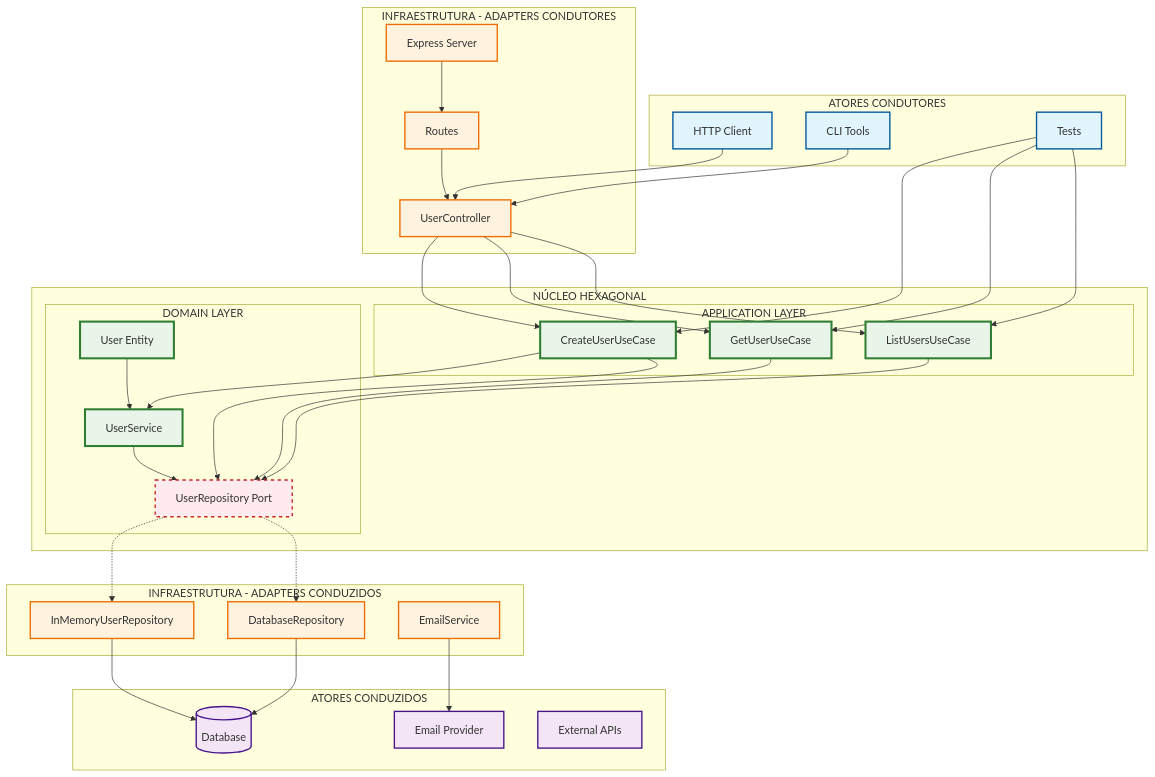
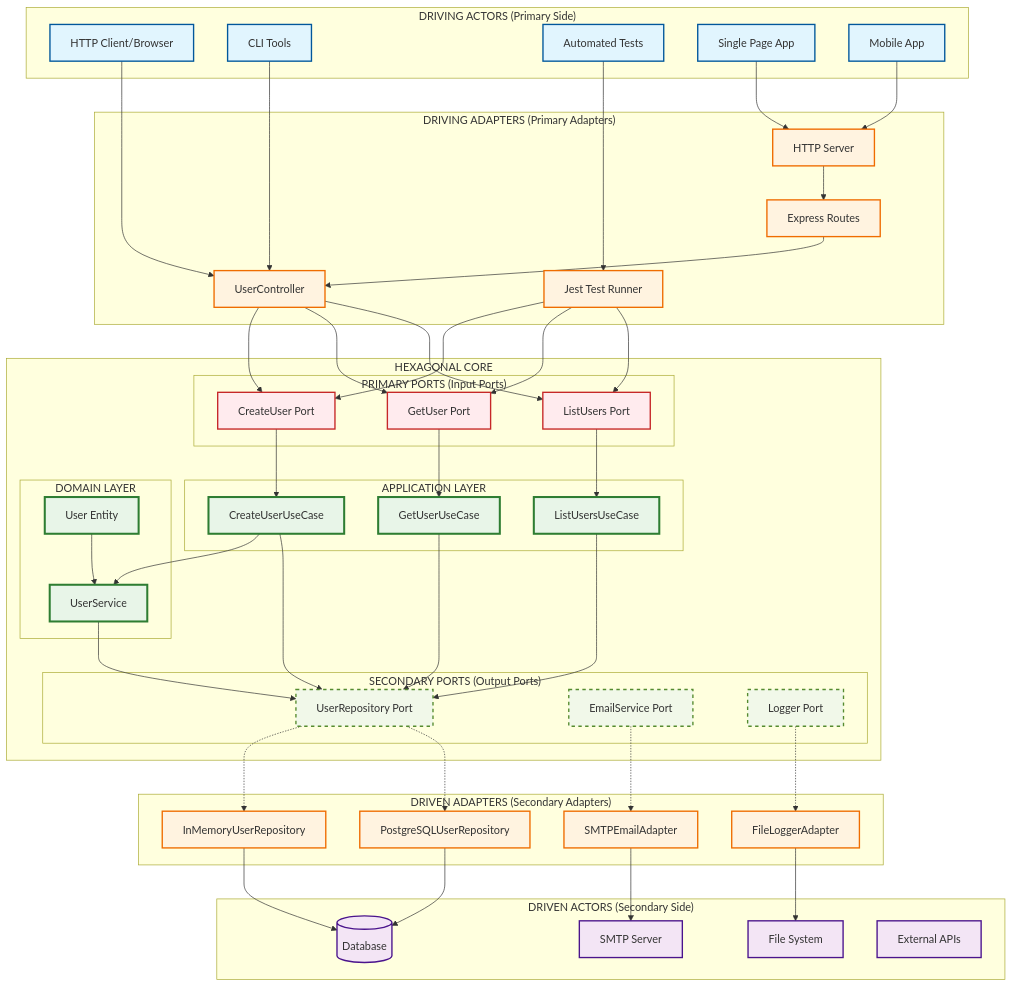
Before and after one commit to FIAP/DVLT-arquitetura-de-software-aula1: the diagram in node-hexagonal/docs/architecture-diagram.md, drawn with Mermaid. The commit also changed other lines of this file and 10 other files, not shown here.

````diff
--- a/node-hexagonal/docs/architecture-diagram.md
+++ b/node-hexagonal/docs/architecture-diagram.md
@@ -7,18 +7,27 @@
 ```mermaid
 graph TB
-    subgraph "ATORES CONDUTORES"
-        HTTP[HTTP Client]
+    subgraph "DRIVING ACTORS (Primary Side)"
+        HTTP[HTTP Client/Browser]
         CLI[CLI Tools]
-        TESTS[Tests]
+        TESTS[Automated Tests]
+        SPA[Single Page App]
+        MOBILE[Mobile App]
     end
     
-    subgraph "INFRAESTRUTURA - ADAPTERS CONDUTORES"
+    subgraph "DRIVING ADAPTERS (Primary Adapters)"
         CONTROLLER[UserController]
-        ROUTES[Routes]
-        SERVER[Express Server]
+        ROUTES[Express Routes]
+        SERVER[HTTP Server]
+        TEST_RUNNER[Jest Test Runner]
     end
     
-    subgraph "NÚCLEO HEXAGONAL"
+    subgraph "HEXAGONAL CORE"
+        subgraph "PRIMARY PORTS (Input Ports)"
+            CREATE_PORT[CreateUser Port]
+            GET_PORT[GetUser Port]
+            LIST_PORT[ListUsers Port]
+        end
+        
         subgraph "APPLICATION LAYER"
             CREATE_UC[CreateUserUseCase]
             GET_UC[GetUserUseCase]
@@ -28,37 +37,51 @@
         subgraph "DOMAIN LAYER"
             USER_ENTITY[User Entity]
             USER_SERVICE[UserService]
+        end
+        
+        subgraph "SECONDARY PORTS (Output Ports)"
             USER_REPO_PORT[UserRepository Port]
+            EMAIL_PORT[EmailService Port]
+            LOG_PORT[Logger Port]
         end
     end
     
-    subgraph "INFRAESTRUTURA - ADAPTERS CONDUZIDOS"
+    subgraph "DRIVEN ADAPTERS (Secondary Adapters)"
         MEMORY_REPO[InMemoryUserRepository]
-        DB_REPO[DatabaseRepository]
-        EMAIL_SERVICE[EmailService]
+        DB_REPO[PostgreSQLUserRepository]
+        EMAIL_ADAPTER[SMTPEmailAdapter]
+        LOG_ADAPTER[FileLoggerAdapter]
     end
     
-    subgraph "ATORES CONDUZIDOS"
+    subgraph "DRIVEN ACTORS (Secondary Side)"
         DATABASE[(Database)]
-        EMAIL_PROVIDER[Email Provider]
+        EMAIL_SERVER[SMTP Server]
+        FILE_SYSTEM[File System]
         EXTERNAL_API[External APIs]
     end
     
-    %% Conexões dos Atores Condutores
+    %% Conexões Primary Side (Driving)
     HTTP --> CONTROLLER
     CLI --> CONTROLLER
-    TESTS --> CREATE_UC
-    TESTS --> GET_UC
-    TESTS --> LIST_UC
+    TESTS --> TEST_RUNNER
+    SPA --> SERVER
+    MOBILE --> SERVER
     
-    %% Conexões dos Adapters Condutores
-    CONTROLLER --> CREATE_UC
-    CONTROLLER --> GET_UC
-    CONTROLLER --> LIST_UC
+    %% Conexões Primary Adapters para Primary Ports
+    CONTROLLER --> CREATE_PORT
+    CONTROLLER --> GET_PORT
+    CONTROLLER --> LIST_PORT
+    TEST_RUNNER --> CREATE_PORT
+    TEST_RUNNER --> GET_PORT
+    TEST_RUNNER --> LIST_PORT
     ROUTES --> CONTROLLER
     SERVER --> ROUTES
     
-    %% Conexões dentro do Núcleo
+    %% Conexões dentro do Core
+    CREATE_PORT --> CREATE_UC
+    GET_PORT --> GET_UC
+    LIST_PORT --> LIST_UC
+    
     CREATE_UC --> USER_SERVICE
     CREATE_UC --> USER_REPO_PORT
     GET_UC --> USER_REPO_PORT
@@ -66,25 +89,30 @@
     USER_SERVICE --> USER_REPO_PORT
     USER_ENTITY --> USER_SERVICE
     
-    %% Conexões dos Adapters Conduzidos
+    %% Conexões Secondary Ports para Secondary Adapters
     USER_REPO_PORT -.-> MEMORY_REPO
     USER_REPO_PORT -.-> DB_REPO
+    EMAIL_PORT -.-> EMAIL_ADAPTER
+    LOG_PORT -.-> LOG_ADAPTER
     
-    %% Conexões dos Atores Conduzidos
+    %% Conexões Secondary Side (Driven)
     MEMORY_REPO --> DATABASE
     DB_REPO --> DATABASE
-    EMAIL_SERVICE --> EMAIL_PROVIDER
+    EMAIL_ADAPTER --> EMAIL_SERVER
+    LOG_ADAPTER --> FILE_SYSTEM
     
     %% Estilos
     classDef driving fill:#e1f5fe,stroke:#01579b,stroke-width:2px
     classDef driven fill:#f3e5f5,stroke:#4a148c,stroke-width:2px
     classDef core fill:#e8f5e8,stroke:#2e7d32,stroke-width:3px
     classDef adapter fill:#fff3e0,stroke:#ef6c00,stroke-width:2px
-    classDef port fill:#ffebee,stroke:#c62828,stroke-width:2px,stroke-dasharray: 5 5
+    classDef primaryPort fill:#ffebee,stroke:#c62828,stroke-width:2px
+    classDef secondaryPort fill:#f1f8e9,stroke:#558b2f,stroke-width:2px,stroke-dasharray: 5 5
     
-    class HTTP,CLI,TESTS driving
-    class DATABASE,EMAIL_PROVIDER,EXTERNAL_API driven
+    class HTTP,CLI,TESTS,SPA,MOBILE driving
+    class DATABASE,EMAIL_SERVER,FILE_SYSTEM,EXTERNAL_API driven
     class USER_ENTITY,USER_SERVICE,CREATE_UC,GET_UC,LIST_UC core
-    class CONTROLLER,ROUTES,SERVER,MEMORY_REPO,DB_REPO,EMAIL_SERVICE adapter
-    class USER_REPO_PORT port
+    class CONTROLLER,ROUTES,SERVER,TEST_RUNNER,MEMORY_REPO,DB_REPO,EMAIL_ADAPTER,LOG_ADAPTER adapter
+    class CREATE_PORT,GET_PORT,LIST_PORT primaryPort
+    class USER_REPO_PORT,EMAIL_PORT,LOG_PORT secondaryPort
 ```
````
